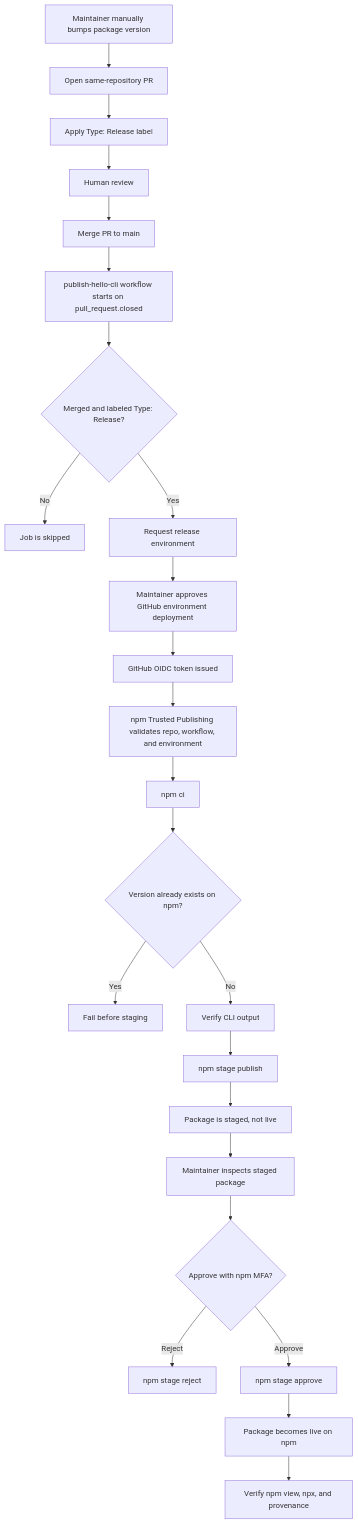
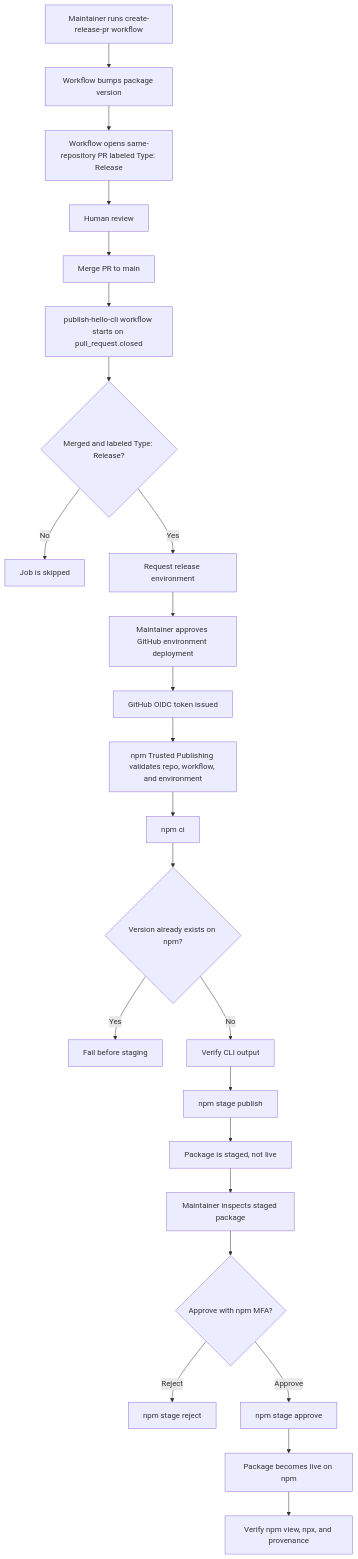
One commit to codenote-net/cli-distribution-recipes changed the diagram in recipes/npmjs-public/README.md. Above: the diagram before and after it, drawn with Mermaid. The commit also changed other lines of this file, not shown here.

Commit message:
Document automated release PR creation

````diff
--- a/recipes/npmjs-public/README.md
+++ b/recipes/npmjs-public/README.md
@@ -135,26 +172,26 @@
 ```mermaid
 flowchart TD
-  A["Maintainer manually bumps package version"] --> B["Open same-repository PR"]
-  B --> C["Apply Type: Release label"]
+  A["Maintainer runs create-release-pr workflow"] --> B["Workflow bumps package version"]
+  B --> C["Workflow opens same-repository PR labeled Type: Release"]
   C --> D["Human review"]
   D --> E["Merge PR to main"]
   E --> F["publish-hello-cli workflow starts on pull_request.closed"]
   F --> G{"Merged and labeled Type: Release?"}
   G -- "No" --> H["Job is skipped"]
   G -- "Yes" --> I["Request release environment"]
   I --> J["Maintainer approves GitHub environment deployment"]
   J --> K["GitHub OIDC token issued"]
   K --> L["npm Trusted Publishing validates repo, workflow, and environment"]
   L --> M["npm ci"]
   M --> N{"Version already exists on npm?"}
   N -- "Yes" --> O["Fail before staging"]
   N -- "No" --> P["Verify CLI output"]
   P --> Q["npm stage publish"]
   Q --> R["Package is staged, not live"]
   R --> S["Maintainer inspects staged package"]
   S --> T{"Approve with npm MFA?"}
   T -- "Reject" --> U["npm stage reject"]
   T -- "Approve" --> V["npm stage approve"]
   V --> W["Package becomes live on npm"]
   W --> X["Verify npm view, npx, and provenance"]
 ```
````
